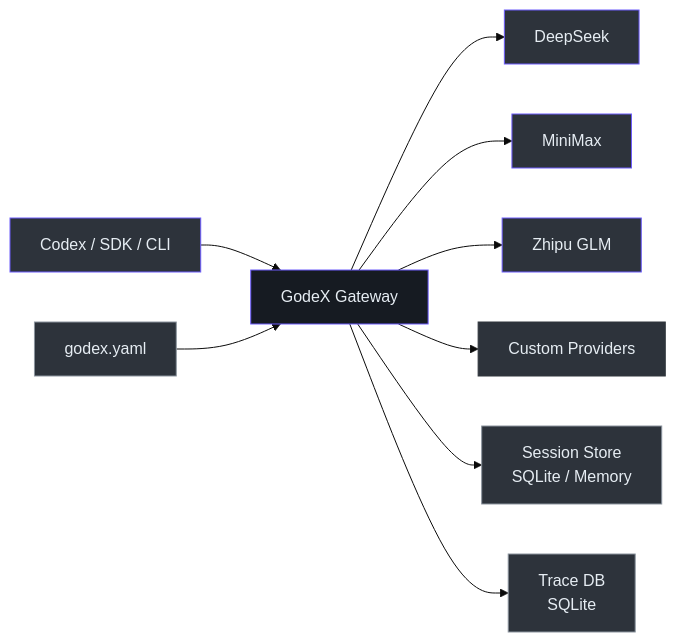
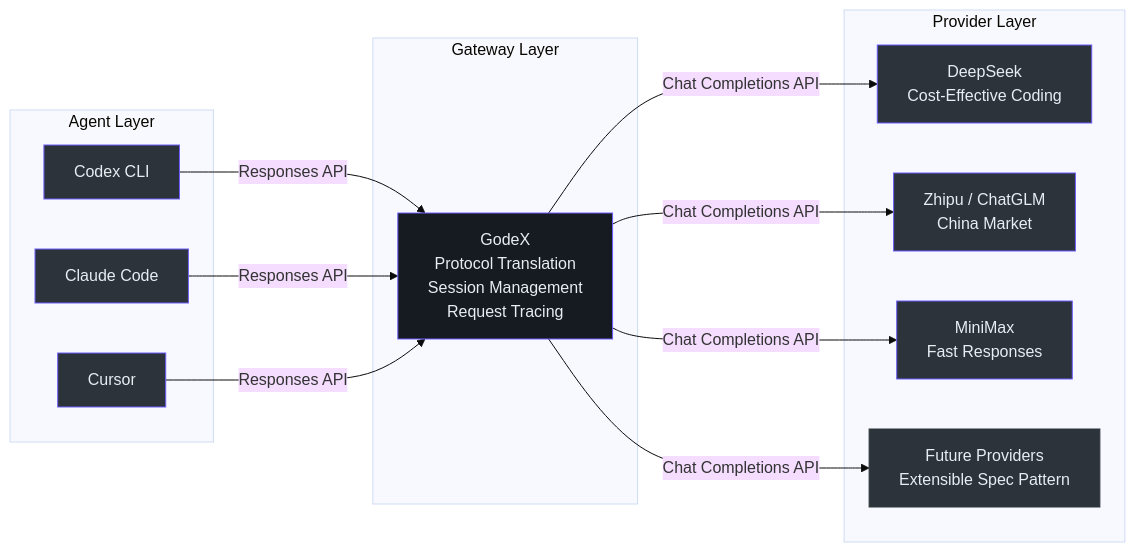
One commit to zamelee/GodeX changed the first of 3 diagrams in wiki/onboarding/executive-guide.md. Above: the diagram before and after it, drawn with Mermaid (base theme). The commit also changed other lines of this file and 120 other files, not shown here.

Commit message:
docs: comprehensive VitePress wiki with dark theme, EN/ZH sync, and Mermaid fixes (#118)

````diff
--- a/wiki/onboarding/executive-guide.md
+++ b/wiki/onboarding/executive-guide.md
@@ -35,21 +81,36 @@
 ```mermaid
 graph LR
-  CLIENT["Codex / SDK / CLI"] --> GODEX["GodeX Gateway"]
-  GODEX --> DEEPSEEK["DeepSeek"]
-  GODEX --> MINIMAX["MiniMax"]
-  GODEX --> ZHIPU["Zhipu GLM"]
-  GODEX --> CUSTOM["Custom Providers"]
-  GODEX --> SESSION["Session Store<br>SQLite / Memory"]
-  GODEX --> TRACE["Trace DB<br>SQLite"]
-  CONFIG["godex.yaml"] --> GODEX
+  subgraph agents["Agent Layer"]
+    CODEX["Codex CLI"]
+    CLAUDE["Claude Code"]
+    CURSOR["Cursor"]
+  end
 
-  style CLIENT fill:#2d333b,stroke:#6d5dfc,color:#e6edf3
+  subgraph Gateway Layer
+    GODEX["GodeX<br>Protocol Translation<br>Session Management<br>Request Tracing"]
+  end
+
+  subgraph providers["Provider Layer"]
+    DEEPSEEK["DeepSeek<br>Cost-Effective Coding"]
+    ZHIPU["Zhipu / ChatGLM<br>China Market"]
+    MINIMAX["MiniMax<br>Fast Responses"]
+    FUTURE["Future Providers<br>Extensible Spec Pattern"]
+  end
+
+  CODEX -->|"Responses API"| GODEX
+  CLAUDE -->|"Responses API"| GODEX
+  CURSOR -->|"Responses API"| GODEX
+  GODEX -->|"Chat Completions API"| DEEPSEEK
+  GODEX -->|"Chat Completions API"| ZHIPU
+  GODEX -->|"Chat Completions API"| MINIMAX
+  GODEX -->|"Chat Completions API"| FUTURE
+
   style GODEX fill:#161b22,stroke:#6d5dfc,color:#e6edf3
+  style CODEX fill:#2d333b,stroke:#6d5dfc,color:#e6edf3
+  style CLAUDE fill:#2d333b,stroke:#6d5dfc,color:#e6edf3
+  style CURSOR fill:#2d333b,stroke:#6d5dfc,color:#e6edf3
   style DEEPSEEK fill:#2d333b,stroke:#6d5dfc,color:#e6edf3
+  style ZHIPU fill:#2d333b,stroke:#6d5dfc,color:#e6edf3
   style MINIMAX fill:#2d333b,stroke:#6d5dfc,color:#e6edf3
-  style ZHIPU fill:#2d333b,stroke:#6d5dfc,color:#e6edf3
-  style CUSTOM fill:#2d333b,stroke:#30363d,color:#e6edf3
-  style SESSION fill:#2d333b,stroke:#8b949e,color:#e6edf3
-  style TRACE fill:#2d333b,stroke:#8b949e,color:#e6edf3
-  style CONFIG fill:#2d333b,stroke:#8b949e,color:#e6edf3
+  style FUTURE fill:#2d333b,stroke:#30363d,color:#e6edf3
 ```
````
